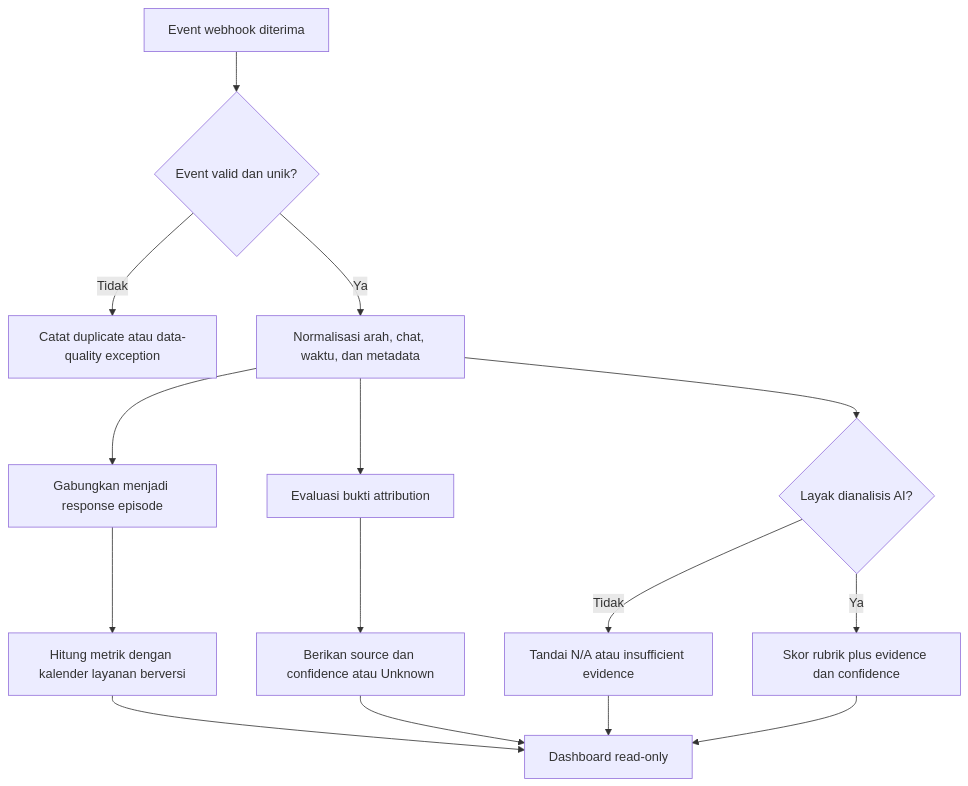
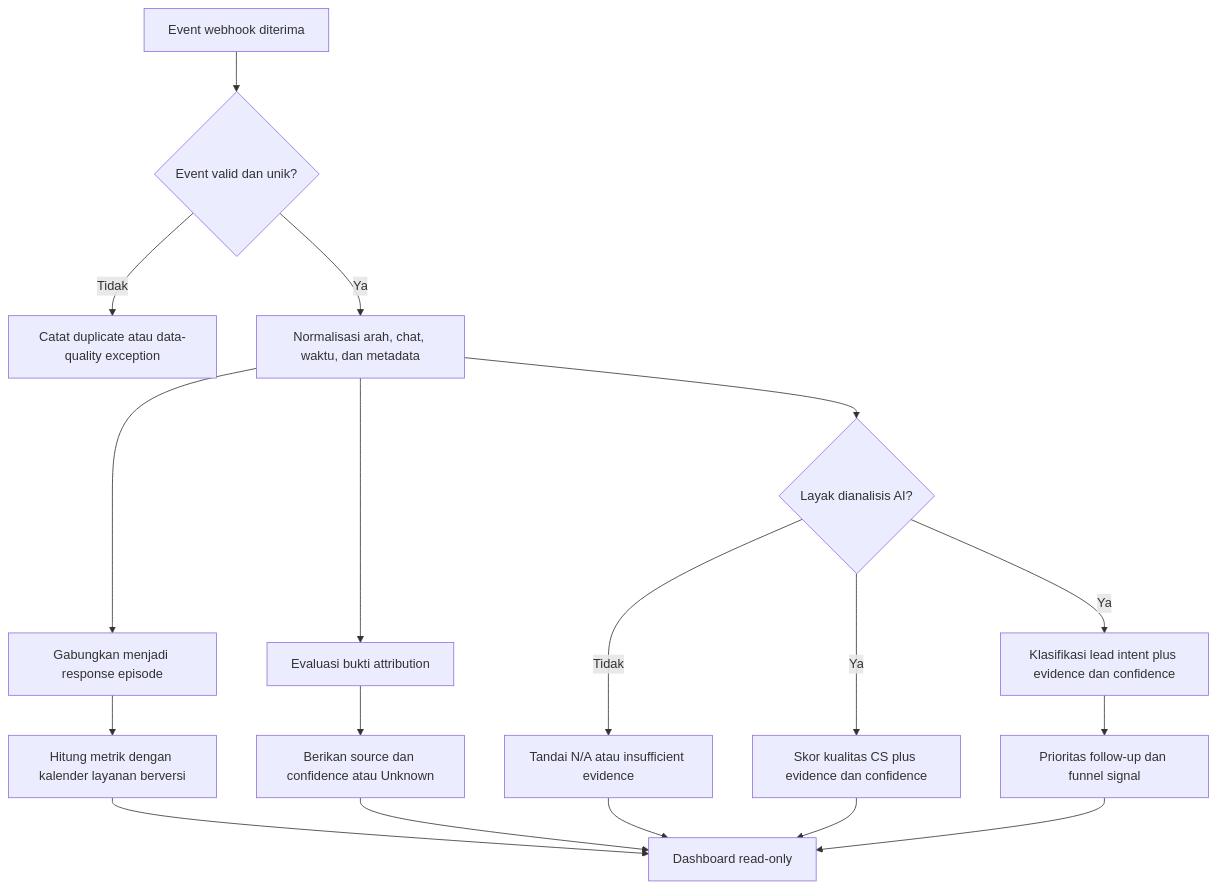
Before and after one commit to syahrizal-as/prd-project: the third of 8 diagrams in PRD-AqiqahPro-Hermes-WhatsApp-Ads-CS-Analytics.md, drawn with Mermaid. The commit also changed other lines of this file, not shown here.

````diff
--- a/PRD-AqiqahPro-Hermes-WhatsApp-Ads-CS-Analytics.md
+++ b/PRD-AqiqahPro-Hermes-WhatsApp-Ads-CS-Analytics.md
@@ -420,17 +749,20 @@
 ```mermaid
 flowchart TD
     E[Event webhook diterima] --> V{Event valid dan unik?}
     V -->|Tidak| X[Catat duplicate atau data-quality exception]
     V -->|Ya| N[Normalisasi arah, chat, waktu, dan metadata]
     N --> R[Gabungkan menjadi response episode]
     R --> M[Hitung metrik dengan kalender layanan berversi]
     N --> T[Evaluasi bukti attribution]
     T --> C[Berikan source dan confidence atau Unknown]
     N --> P{Layak dianalisis AI?}
     P -->|Tidak| U[Tandai N/A atau insufficient evidence]
-    P -->|Ya| S[Skor rubrik plus evidence dan confidence]
+    P -->|Ya| S[Skor kualitas CS plus evidence dan confidence]
+    P -->|Ya| L[Klasifikasi lead intent plus evidence dan confidence]
+    L --> F[Prioritas follow-up dan funnel signal]
     M --> D[Dashboard read-only]
     C --> D
     U --> D
     S --> D
+    F --> D
 ```
````
